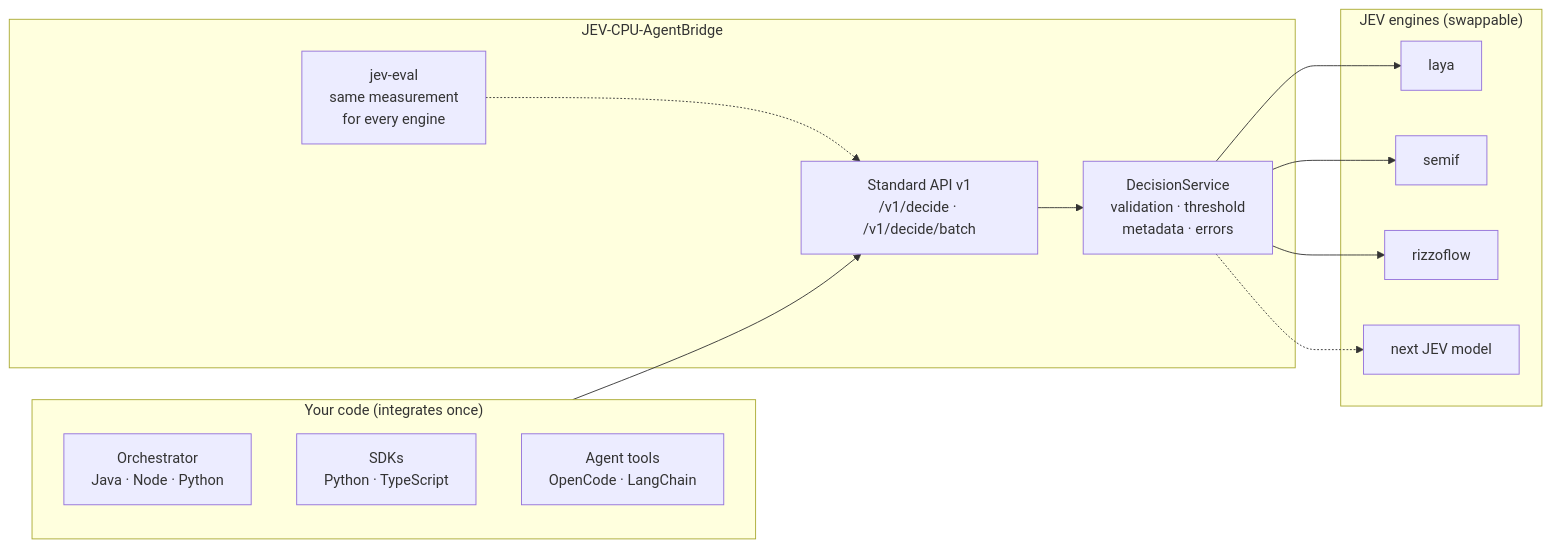
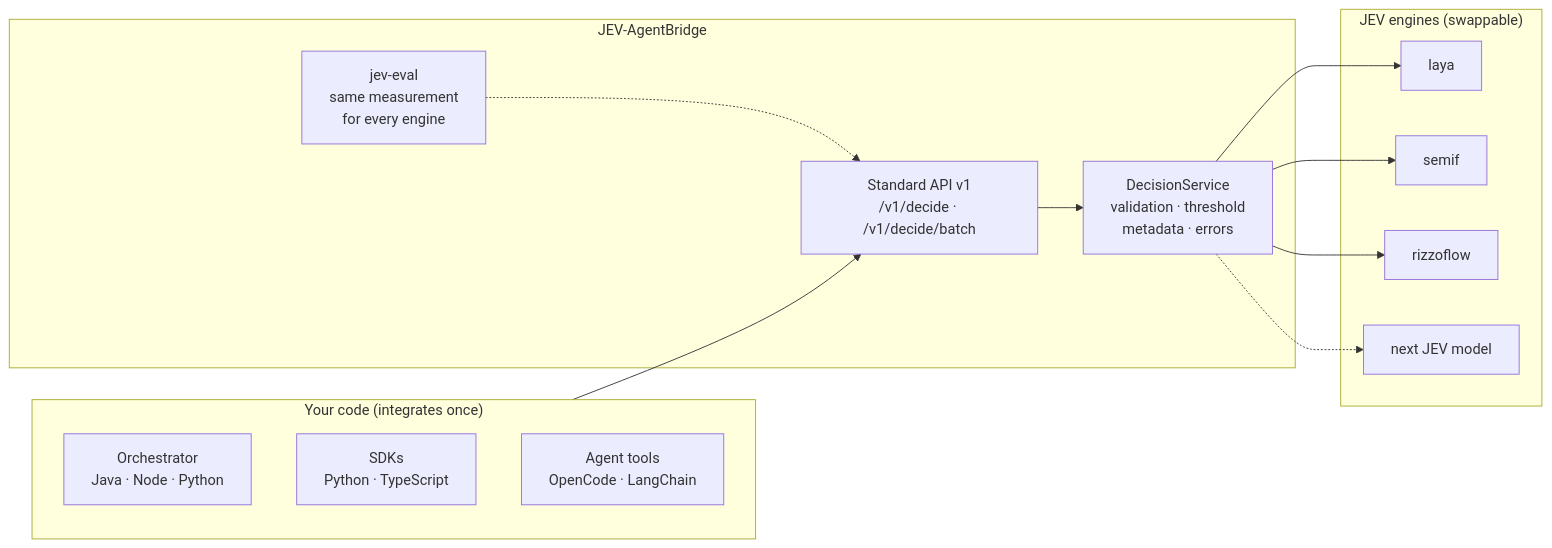
One commit to GiskardB/jev-agentbridge changed the diagram in README.md. Above: the diagram before and after it, drawn with Mermaid. The commit also changed other lines of this file and 65 other files, not shown here.

````diff
--- a/README.md
+++ b/README.md
@@ -37,25 +38,25 @@
 ```mermaid
 flowchart LR
     subgraph Clients["Your code (integrates once)"]
         Orch["Orchestrator<br/>Java · Node · Python"]
         SDK["SDKs<br/>Python · TypeScript"]
         Tools["Agent tools<br/>OpenCode · LangChain"]
     end
-    subgraph Bridge["JEV-CPU-AgentBridge"]
+    subgraph Bridge["JEV-AgentBridge"]
         API["Standard API v1<br/>/v1/decide · /v1/decide/batch"]
         Core["DecisionService<br/>validation · threshold<br/>metadata · errors"]
         Eval["jev-eval<br/>same measurement<br/>for every engine"]
     end
     subgraph Engines["JEV engines (swappable)"]
         Laya["laya"]
         Semif["semif"]
         Rizzo["rizzoflow"]
         Next["next JEV model"]
     end
     Clients --> API --> Core
     Core --> Laya
     Core --> Semif
     Core --> Rizzo
     Core -.-> Next
     Eval -.-> API
 ```
````
